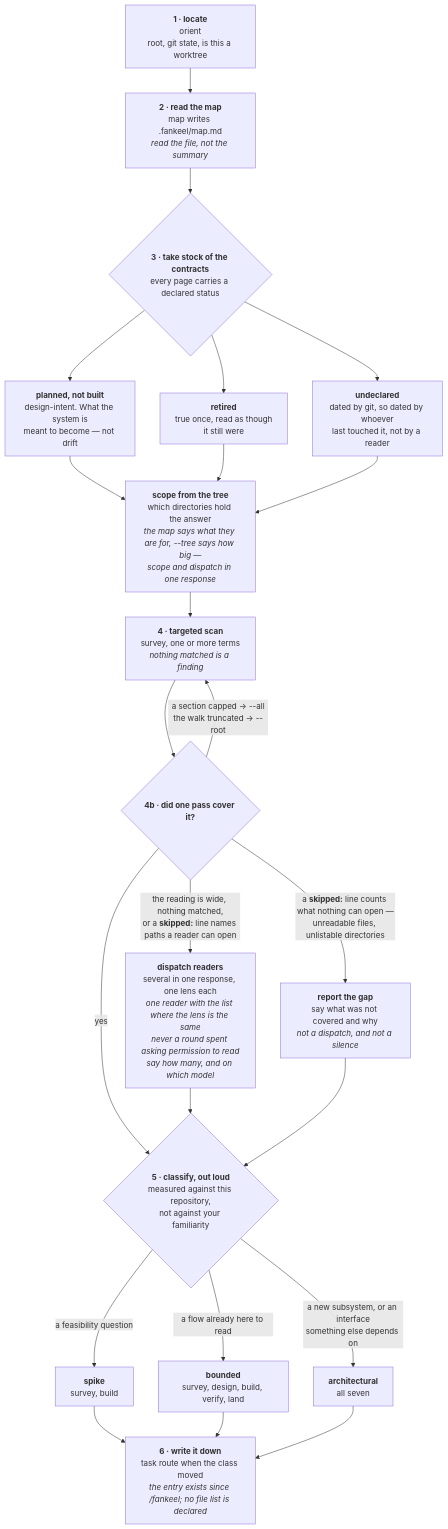
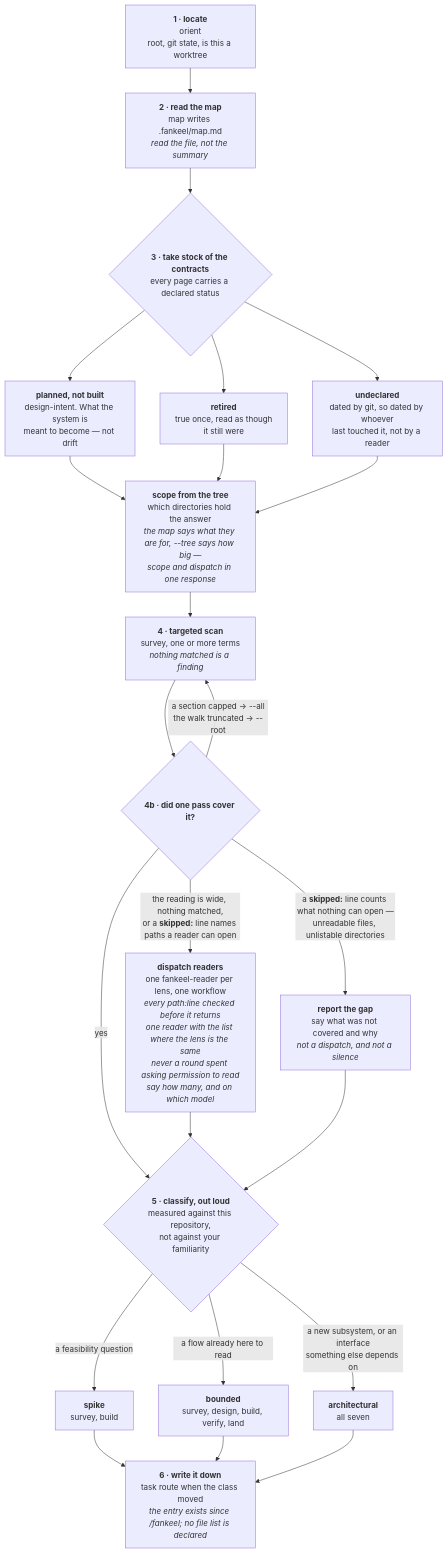
The first of 8 diagrams in docs/pipeline.md (FanFantom9452/FanKeel), drawn with Mermaid before and after one commit. The commit also changed other lines of this file and 12 other files, not shown here.

````diff
--- a/docs/pipeline.md
+++ b/docs/pipeline.md
@@ -365,41 +365,41 @@
 ```mermaid
 flowchart TD
     A["<b>1 · locate</b><br/>orient<br/>root, git state, is this a worktree"]
     B["<b>2 · read the map</b><br/>map writes .fankeel/map.md<br/><i>read the file, not the summary</i>"]
     C{"<b>3 · take stock of the contracts</b><br/>every page carries a declared status"}
     C1["<b>planned, not built</b><br/>design-intent. What the system is<br/>meant to become — not drift"]
     C2["<b>retired</b><br/>true once, read as though<br/>it still were"]
     C3["<b>undeclared</b><br/>dated by git, so dated by whoever<br/>last touched it, not by a reader"]
     D0["<b>scope from the tree</b><br/>which directories hold the answer<br/><i>the map says what they are for, --tree says how big —<br/>scope and dispatch in one response</i>"]
     D["<b>4 · targeted scan</b><br/>survey, one or more terms<br/><i>nothing matched is a finding</i>"]
     D2{"<b>4b · did one pass cover it?</b>"}
     D4["<b>report the gap</b><br/>say what was not covered and why<br/><i>not a dispatch, and not a silence</i>"]
-    D3["<b>dispatch readers</b><br/>several in one response, one lens each<br/><i>one reader with the list where the lens is the same</i><br/><i>never a round spent asking permission to read</i><br/><i>say how many, and on which model</i>"]
+    D3["<b>dispatch readers</b><br/>one fankeel-reader per lens, one workflow<br/><i>every path:line checked before it returns</i><br/><i>one reader with the list where the lens is the same</i><br/><i>never a round spent asking permission to read</i><br/><i>say how many, and on which model</i>"]
     E{"<b>5 · classify, out loud</b><br/>measured against this repository,<br/>not against your familiarity"}
     E1["<b>spike</b><br/>survey, build"]
     E2["<b>bounded</b><br/>survey, design, build, verify, land"]
     E3["<b>architectural</b><br/>all seven"]
     F["<b>6 · write it down</b><br/>task route when the class moved<br/><i>the entry exists since /fankeel; no file list is declared</i>"]
 
     A --> B --> C
     C --> C1
     C --> C2
     C --> C3
     C1 --> D0
     C2 --> D0
     C3 --> D0
     D0 --> D
     D --> D2
     D2 -- "a section capped → --all<br/>the walk truncated → --root" --> D
     D2 -- "the reading is wide, nothing matched,<br/>or a <b>skipped:</b> line names paths a reader can open" --> D3
     D2 -- "a <b>skipped:</b> line counts what nothing can open —<br/>unreadable files, unlistable directories" --> D4
     D2 -- yes --> E
     D3 --> E
     D4 --> E
     E -- "a feasibility question" --> E1
     E -- "a flow already here to read" --> E2
     E -- "a new subsystem, or an interface<br/>something else depends on" --> E3
     E1 --> F
     E2 --> F
     E3 --> F
 ```
````
